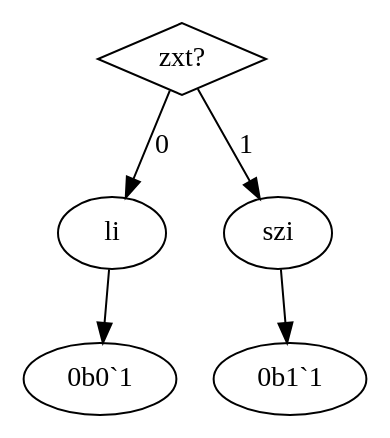
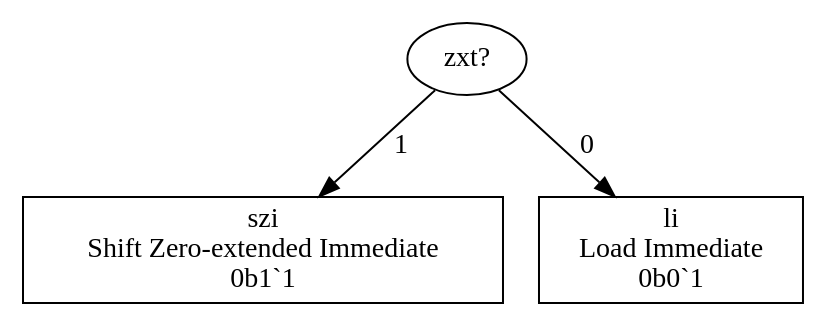
One commit to eignnx/SPRIND changed the diagram in src/graphs/li.dot. Above: the diagram before and after it, drawn with Graphviz. The commit also changed 9 other files, not shown here.

```diff
--- a/src/graphs/li.dot
+++ b/src/graphs/li.dot
@@ -1,9 +1,11 @@
 digraph "Format li" {
-  "zxt_6558408" [label = "zxt?", shape = diamond];
+  "zxt_6558408" [label = "zxt?", shape = ellipse];
+  "zxt_6558408" -> "szi_5158144" [label = "1"];
   "zxt_6558408" -> "li_6973931" [label = "0"];
-  "zxt_6558408" -> "szi_5158144" [label = "1"];
-  "li_6973931" [label = "li"];
-  "li_6973931" -> "0b0`1"
-  "szi_5158144" [label = "szi"];
-  "szi_5158144" -> "0b1`1"
+  "szi_5158144" [label = "szi
+Shift Zero-extended Immediate
+0b1`1", shape = rectangle];
+  "li_6973931" [label = "li
+Load Immediate
+0b0`1", shape = rectangle];
 }
```
